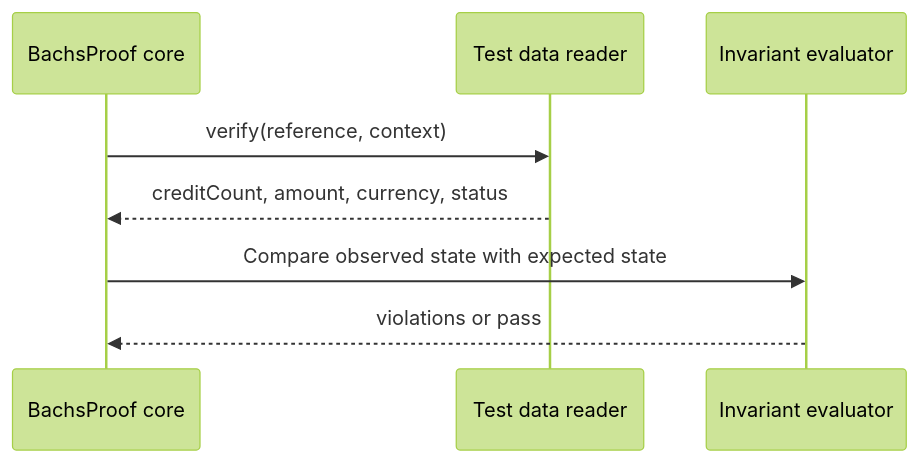
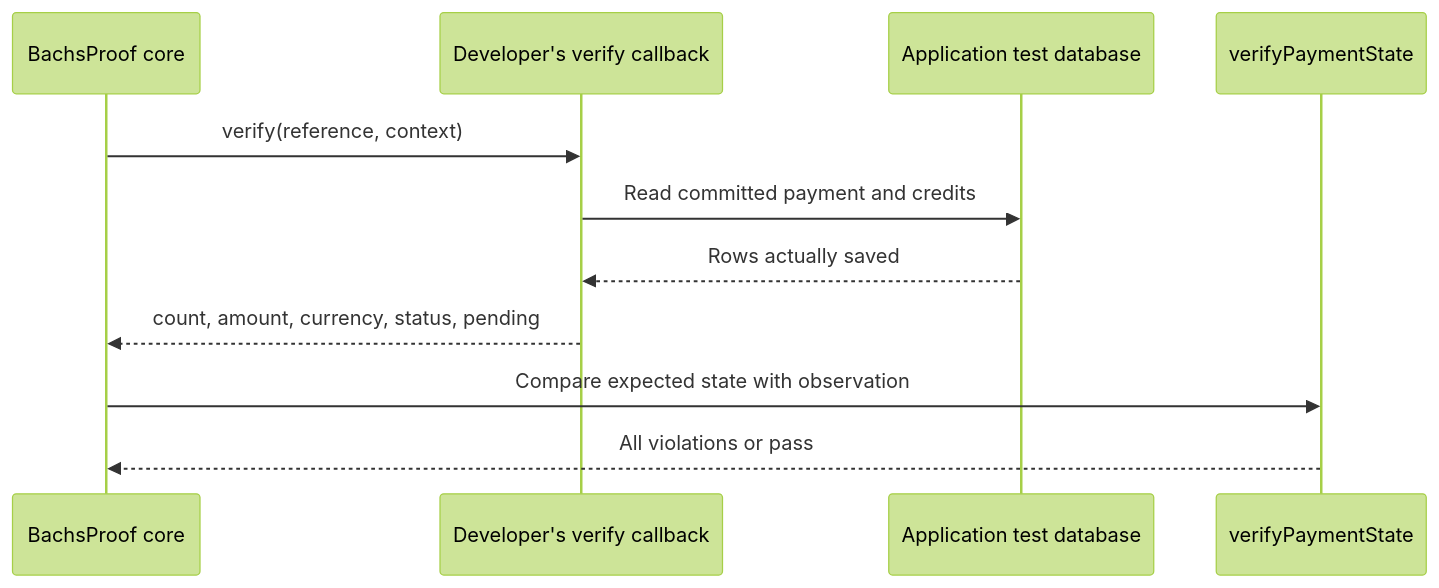
One commit to therealEmma/BachsProof changed the diagram in docs/how-bachsproof-works/financial-verification.mdx. Above: the diagram before and after it, drawn with Mermaid (forest theme). The commit also changed other lines of this file and 38 other files, not shown here.

````diff
--- a/docs/how-bachsproof-works/financial-verification.mdx
+++ b/docs/how-bachsproof-works/financial-verification.mdx
@@ -12,10 +11,13 @@
 ```mermaid
 sequenceDiagram
   participant Core as BachsProof core
-  participant App as Test data reader
-  participant Rules as Invariant evaluator
-  Core->>App: verify(reference, context)
-  App-->>Core: creditCount, amount, currency, status
-  Core->>Rules: Compare observed state with expected state
-  Rules-->>Core: violations or pass
+  participant Callback as Developer's verify callback
+  participant DB as Application test database
+  participant Rules as verifyPaymentState
+  Core->>Callback: verify(reference, context)
+  Callback->>DB: Read committed payment and credits
+  DB-->>Callback: Rows actually saved
+  Callback-->>Core: count, amount, currency, status, pending
+  Core->>Rules: Compare expected state with observation
+  Rules-->>Core: All violations or pass
 ```
````
